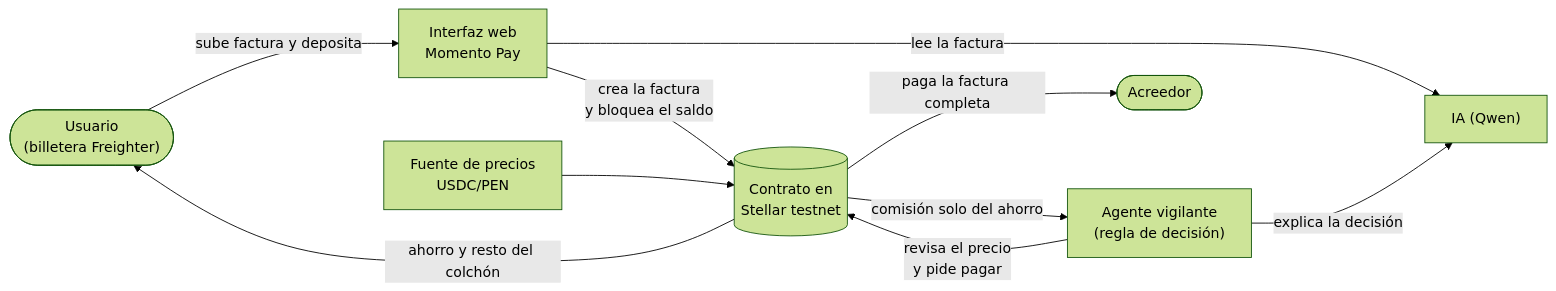
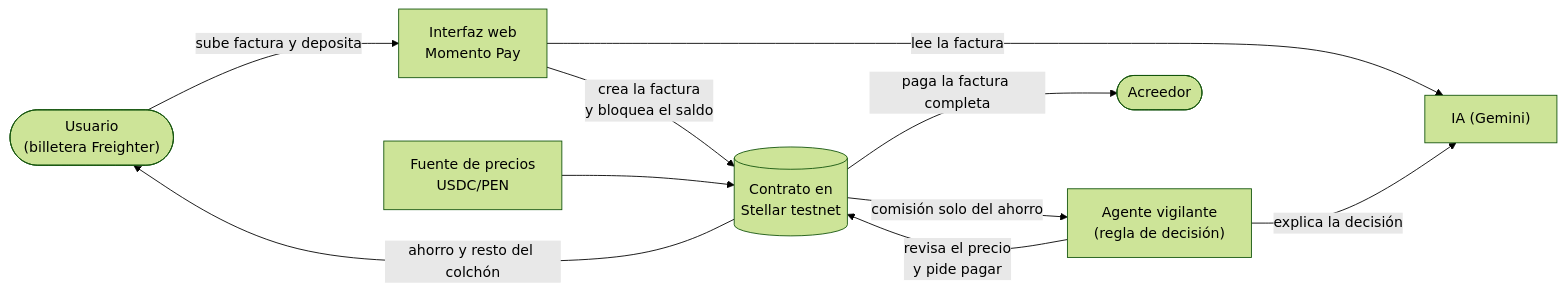
The second of 2 diagrams in README.md (RichardEsteban/MomentoPay), drawn with Mermaid (forest theme) before and after one commit. The commit also changed other lines of this file and 2 other files, not shown here.

````diff
--- a/README.md
+++ b/README.md
@@ -98,12 +98,12 @@
 ```mermaid
 flowchart LR
     U(["Usuario<br/>(billetera Freighter)"]) -- "sube factura y deposita" --> M["Interfaz web<br/>Momento Pay"]
-    M -- "lee la factura" --> IA["IA (Qwen)"]
+    M -- "lee la factura" --> IA["IA (Gemini)"]
     M -- "crea la factura<br/>y bloquea el saldo" --> S[("Contrato en<br/>Stellar testnet")]
     AG["Agente vigilante<br/>(regla de decisión)"] -- "revisa el precio<br/>y pide pagar" --> S
     AG -- "explica la decisión" --> IA
     PR["Fuente de precios<br/>USDC/PEN"] --> S
     S -- "paga la factura completa" --> AC(["Acreedor"])
     S -- "ahorro y resto del colchón" --> U
     S -- "comisión solo del ahorro" --> AG
 ```
````
